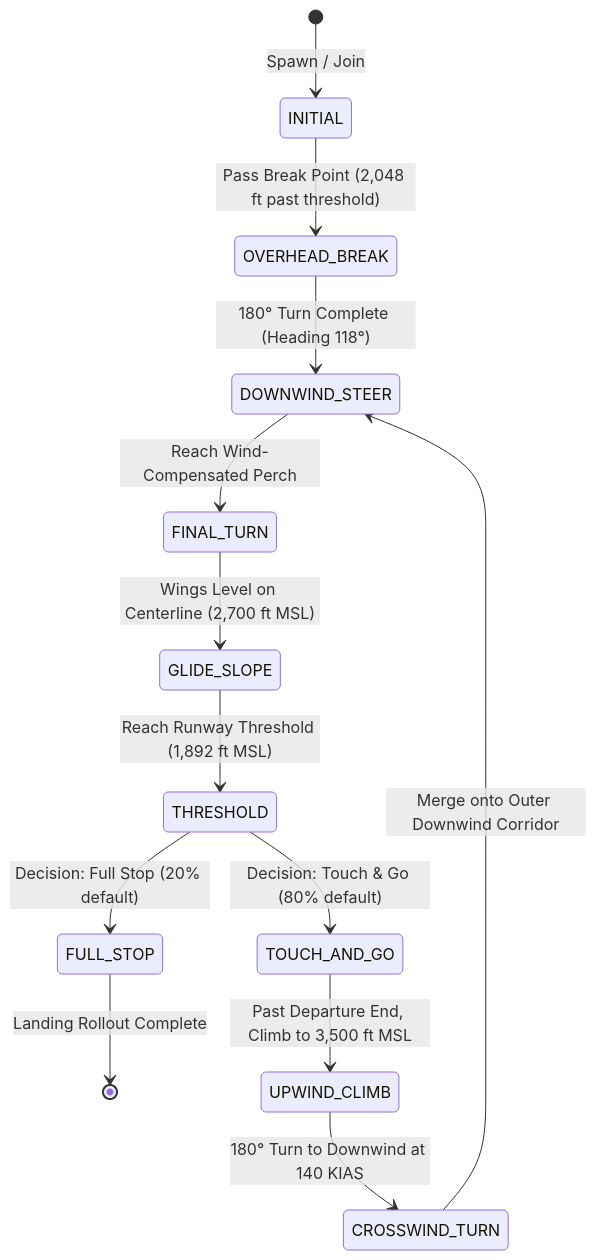
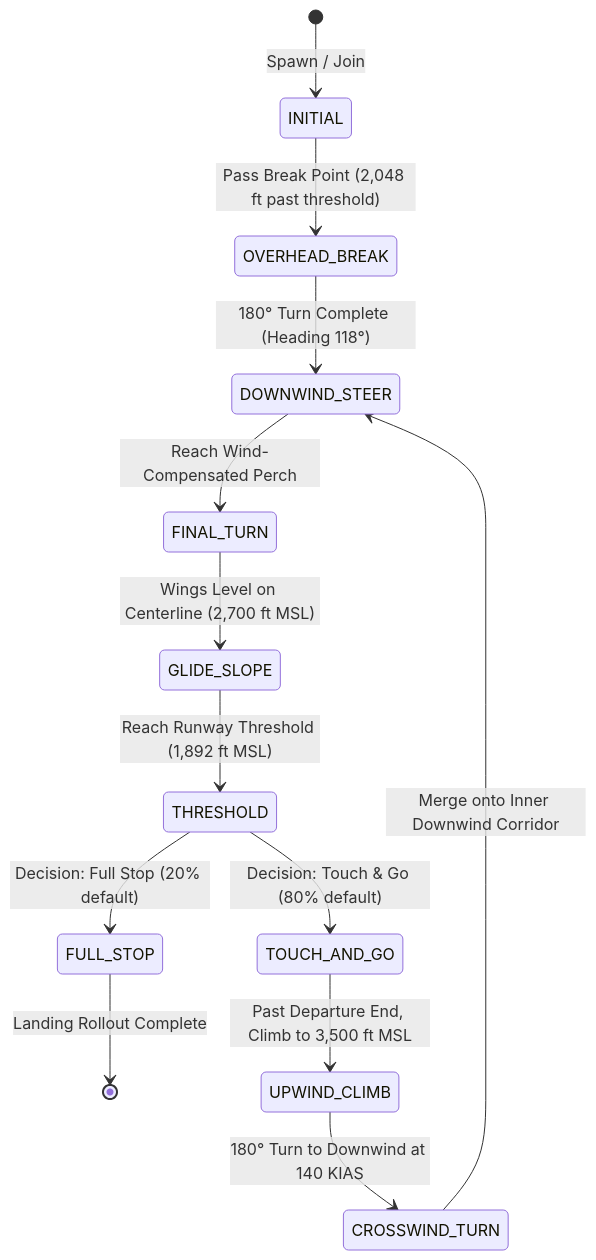
Before and after one commit to LIZARDHANDS-commits/Dads-debreif: the third of 3 diagrams in tasks/traffic/vector-physics-plan.md, drawn with Mermaid. The commit also changed other lines of this file and 6 other files, not shown here.

````diff
--- a/tasks/traffic/vector-physics-plan.md
+++ b/tasks/traffic/vector-physics-plan.md
@@ -103,15 +103,15 @@
 ```mermaid
 stateDiagram-v2
     [*] --> INITIAL: Spawn / Join
     INITIAL --> OVERHEAD_BREAK: Pass Break Point (2,048 ft past threshold)
     OVERHEAD_BREAK --> DOWNWIND_STEER: 180° Turn Complete (Heading 118°)
     DOWNWIND_STEER --> FINAL_TURN: Reach Wind-Compensated Perch
     FINAL_TURN --> GLIDE_SLOPE: Wings Level on Centerline (2,700 ft MSL)
     GLIDE_SLOPE --> THRESHOLD: Reach Runway Threshold (1,892 ft MSL)
     THRESHOLD --> TOUCH_AND_GO: Decision: Touch & Go (80% default)
     THRESHOLD --> FULL_STOP: Decision: Full Stop (20% default)
     FULL_STOP --> [*]: Landing Rollout Complete
     TOUCH_AND_GO --> UPWIND_CLIMB: Past Departure End, Climb to 3,500 ft MSL
     UPWIND_CLIMB --> CROSSWIND_TURN: 180° Turn to Downwind at 140 KIAS
-    CROSSWIND_TURN --> DOWNWIND_STEER: Merge onto Outer Downwind Corridor
+    CROSSWIND_TURN --> DOWNWIND_STEER: Merge onto Inner Downwind Corridor
 ```
````
